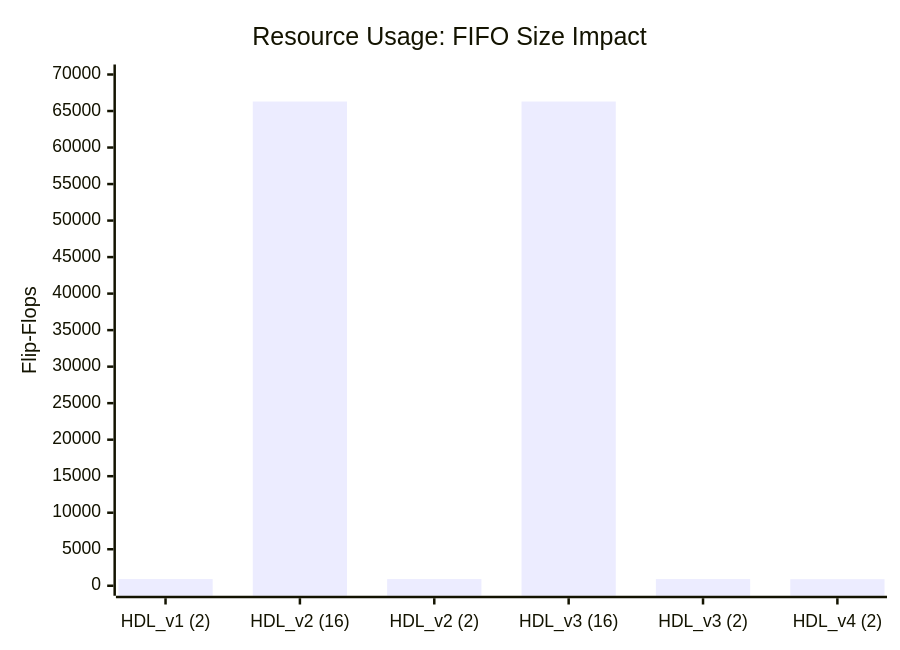
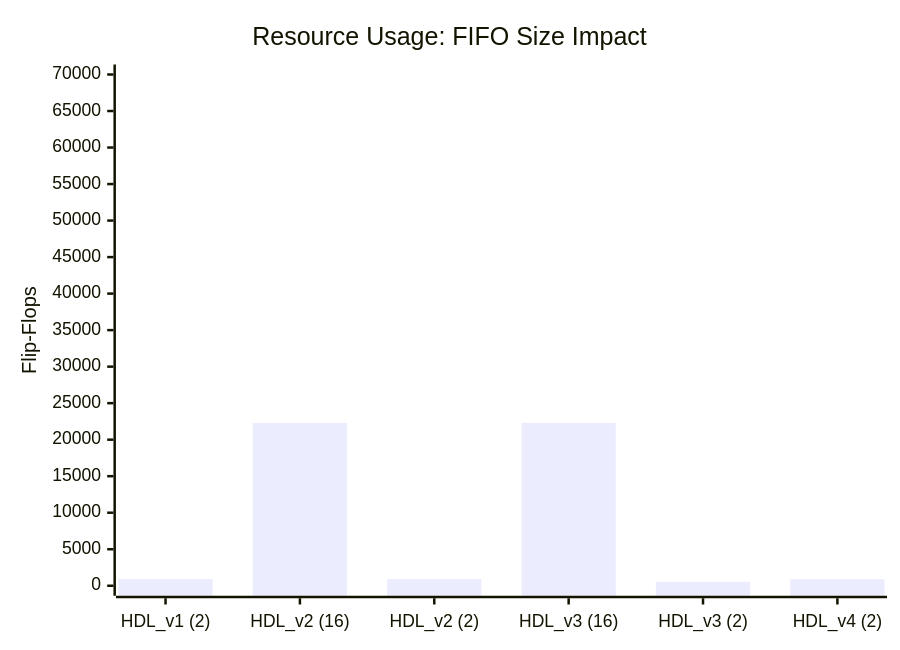
Before and after one commit to rockyco/extractSSBsig: the third of 16 diagrams in README.md, drawn with Mermaid. The commit also changed other lines of this file, not shown here.

````diff
--- a/README.md
+++ b/README.md
@@ -341,7 +341,7 @@
 ```mermaid
 xychart-beta
     title "Resource Usage: FIFO Size Impact"
     x-axis ["HDL_v1 (2)", "HDL_v2 (16)", "HDL_v2 (2)", "HDL_v3 (16)", "HDL_v3 (2)", "HDL_v4 (2)"]
     y-axis "Flip-Flops" 0 --> 70000
-    bar [916, 66302, 914, 66302, 914, 897]
+    bar [916, 22302, 914, 22302, 527, 897]
 ```
````
